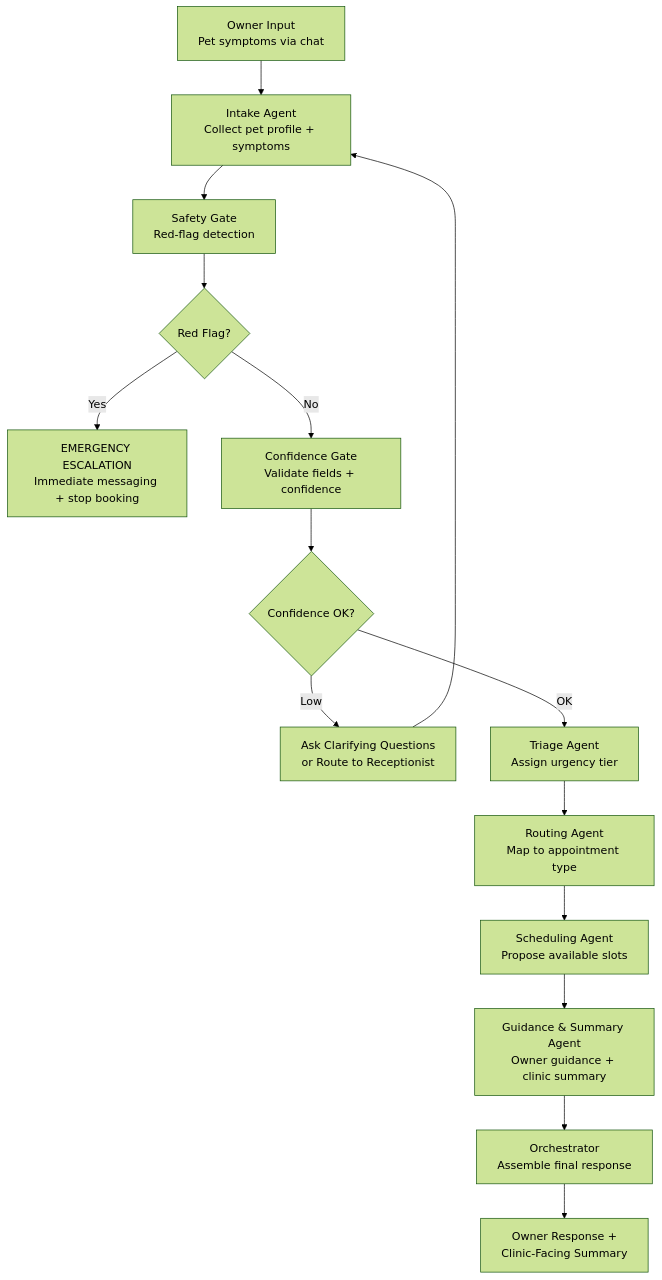
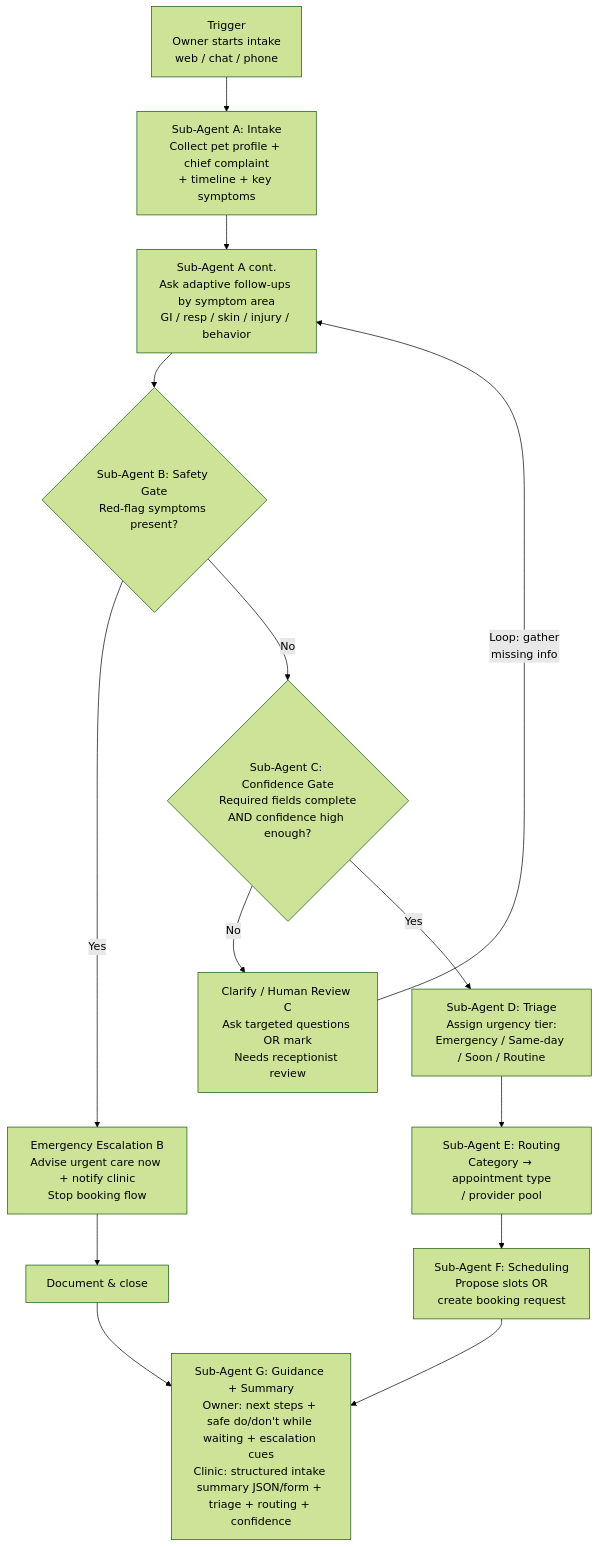
One commit to FergieFeng/resume-alignment-engine changed the diagram in docs/architecture/workflow_technical.md. Above: the diagram before and after it, drawn with Mermaid (forest theme). The commit also changed other lines of this file and 22 other files, not shown here.

First line of the commit message:
feat: add author info, architecture diagram, data sources, Docker setup

````diff
--- a/docs/architecture/workflow_technical.md
+++ b/docs/architecture/workflow_technical.md
@@ -81,17 +89,16 @@
 ```mermaid
 flowchart TD
-    A[Owner Input\nPet symptoms via chat] --> B[Intake Agent\nCollect pet profile + symptoms]
-    B --> C[Safety Gate\nRed-flag detection]
-    C --> D{Red Flag?}
-    D -->|Yes| E[EMERGENCY ESCALATION\nImmediate messaging + stop booking]
-    D -->|No| F[Confidence Gate\nValidate fields + confidence]
-    F --> G{Confidence OK?}
-    G -->|Low| H[Ask Clarifying Questions\nor Route to Receptionist]
-    H --> B
-    G -->|OK| I[Triage Agent\nAssign urgency tier]
-    I --> J[Routing Agent\nMap to appointment type]
-    J --> K[Scheduling Agent\nPropose available slots]
-    K --> L[Guidance & Summary Agent\nOwner guidance + clinic summary]
-    L --> M[Orchestrator\nAssemble final response]
-    M --> N[Owner Response +\nClinic-Facing Summary]
+    A[Trigger\nOwner starts intake\nweb / chat / phone] --> B[Sub-Agent A: Intake\nCollect pet profile + chief complaint\n+ timeline + key symptoms]
+    B --> B2[Sub-Agent A cont.\nAsk adaptive follow-ups by symptom area\nGI / resp / skin / injury / behavior]
+    B2 --> C{Sub-Agent B: Safety Gate\nRed-flag symptoms present?}
+    C -->|Yes| E[Emergency Escalation B\nAdvise urgent care now + notify clinic\nStop booking flow]
+    E --> G2[Document & close]
+    C -->|No| F{Sub-Agent C: Confidence Gate\nRequired fields complete\nAND confidence high enough?}
+    F -->|No| H[Clarify / Human Review C\nAsk targeted questions OR mark\nNeeds receptionist review]
+    H -->|Loop: gather\nmissing info| B2
+    F -->|Yes| I[Sub-Agent D: Triage\nAssign urgency tier:\nEmergency / Same-day / Soon / Routine]
+    I --> J[Sub-Agent E: Routing\nCategory → appointment type\n/ provider pool]
+    J --> K[Sub-Agent F: Scheduling\nPropose slots OR\ncreate booking request]
+    K --> L[Sub-Agent G: Guidance + Summary\nOwner: next steps + safe do/don't while waiting + escalation cues\nClinic: structured intake summary JSON/form + triage + routing + confidence]
+    G2 --> L
 ```
````
